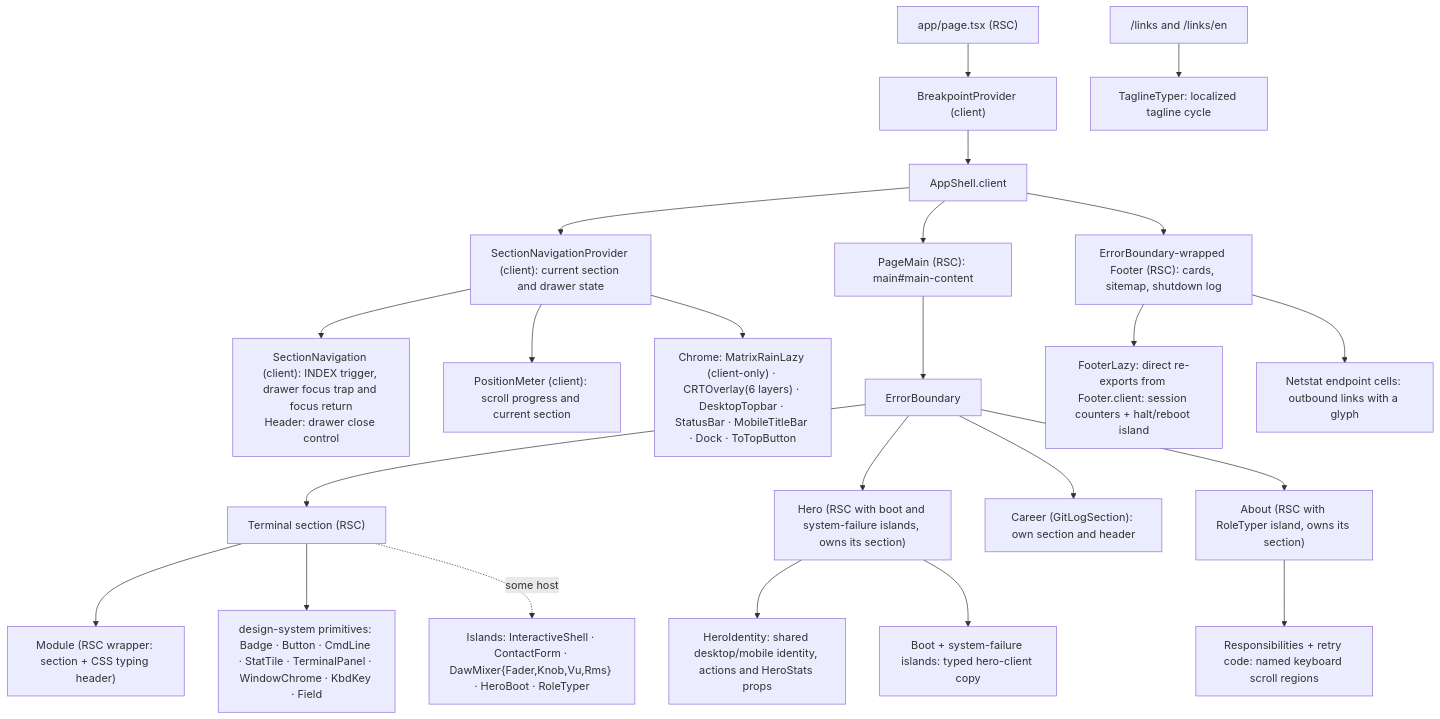
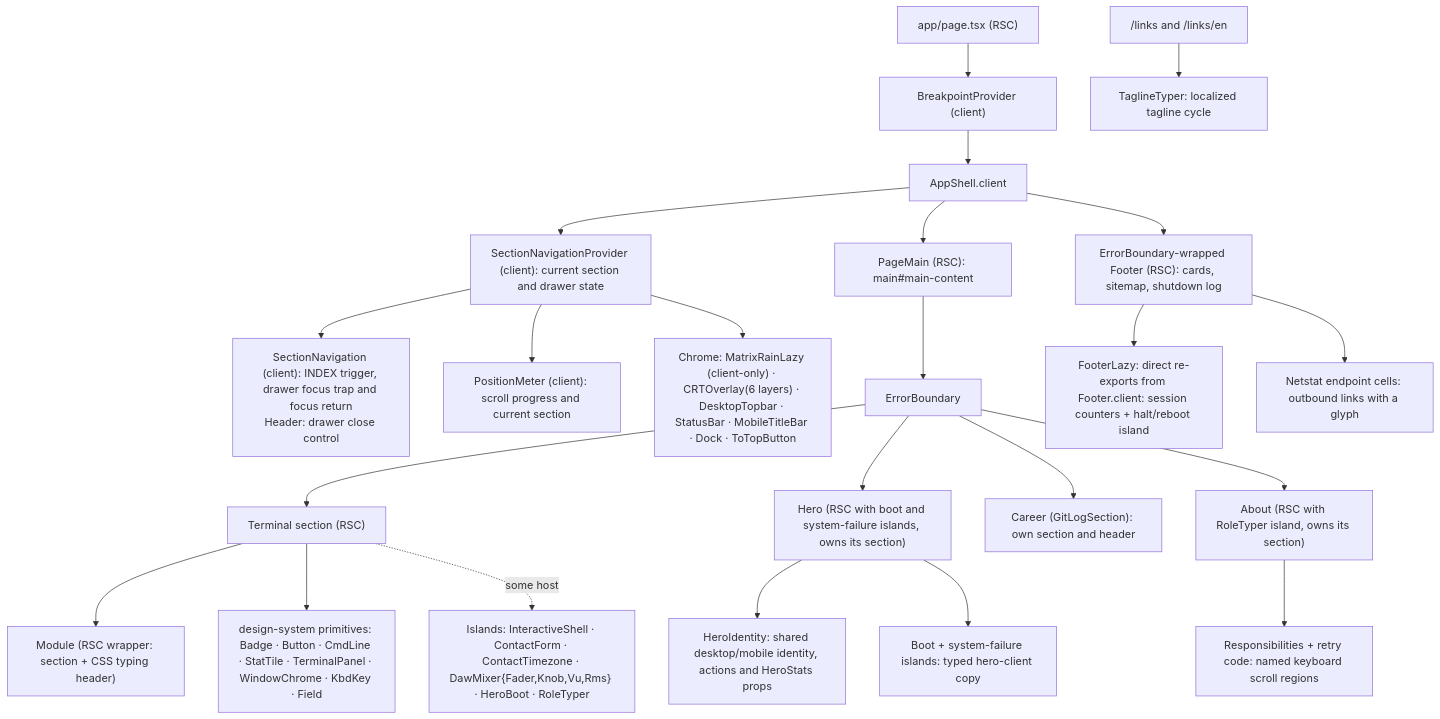
Before and after one commit to erikunha/portfolio: the first of 2 diagrams in docs/04-components-and-state.md, drawn with Mermaid. The commit also changed other lines of this file and 6 other files, not shown here.

First line of the commit message:
docs(contact): describe the timezone panel, messageStore and the unsticky card

````diff
--- a/docs/04-components-and-state.md
+++ b/docs/04-components-and-state.md
@@ -26,25 +26,25 @@
 ```mermaid
 flowchart TD
     page["app/page.tsx (RSC)"] --> bp["BreakpointProvider (client)"]
     bp --> shell["AppShell.client"]
     shell --> navigation["SectionNavigationProvider (client): current section and drawer state"]
     navigation --> rail["SectionNavigation (client): INDEX trigger, drawer focus trap and focus return<br/>Header: drawer close control"]
     navigation --> position["PositionMeter (client): scroll progress and current section"]
     navigation --> chrome["Chrome: MatrixRainLazy (client-only) · CRTOverlay(6 layers) · DesktopTopbar · StatusBar · MobileTitleBar · Dock · ToTopButton"]
     shell --> main["PageMain (RSC): main#main-content"]
     main --> eb["ErrorBoundary"]
     eb --> sec["Terminal section (RSC)"]
     sec --> mod["Module (RSC wrapper: section + CSS typing header)"]
     sec --> dsp["design-system primitives: Badge · Button · CmdLine · StatTile · TerminalPanel · WindowChrome · KbdKey · Field"]
-    sec -. some host .-> isl["Islands: InteractiveShell · ContactForm · DawMixer{Fader,Knob,Vu,Rms} · HeroBoot · RoleTyper"]
+    sec -. some host .-> isl["Islands: InteractiveShell · ContactForm · ContactTimezone · DawMixer{Fader,Knob,Vu,Rms} · HeroBoot · RoleTyper"]
     eb --> hero["Hero (RSC with boot and system-failure islands, owns its section)"]
     hero --> identity["HeroIdentity: shared desktop/mobile identity, actions and HeroStats props"]
     hero --> clientcopy["Boot + system-failure islands: typed hero-client copy"]
     eb --> career["Career (GitLogSection): own section and header"]
     eb --> about["About (RSC with RoleTyper island, owns its section)"]
     about --> scroll["Responsibilities + retry code: named keyboard scroll regions"]
     shell --> fl["ErrorBoundary-wrapped Footer (RSC): cards, sitemap, shutdown log"]
     fl --> fi["FooterLazy: direct re-exports from Footer.client: session counters + halt/reboot island"]
     fl --> fc["Netstat endpoint cells: outbound links with a glyph"]
     links["/links and /links/en"] --> tagline["TaglineTyper: localized tagline cycle"]
 ```
````
